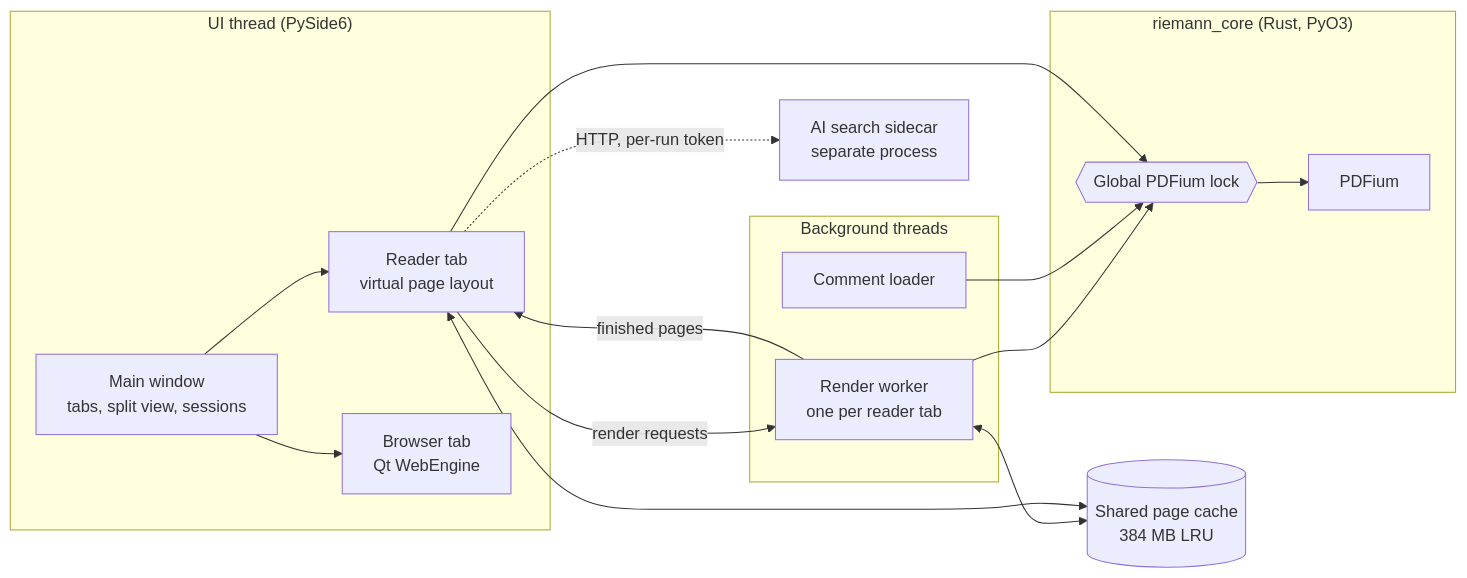
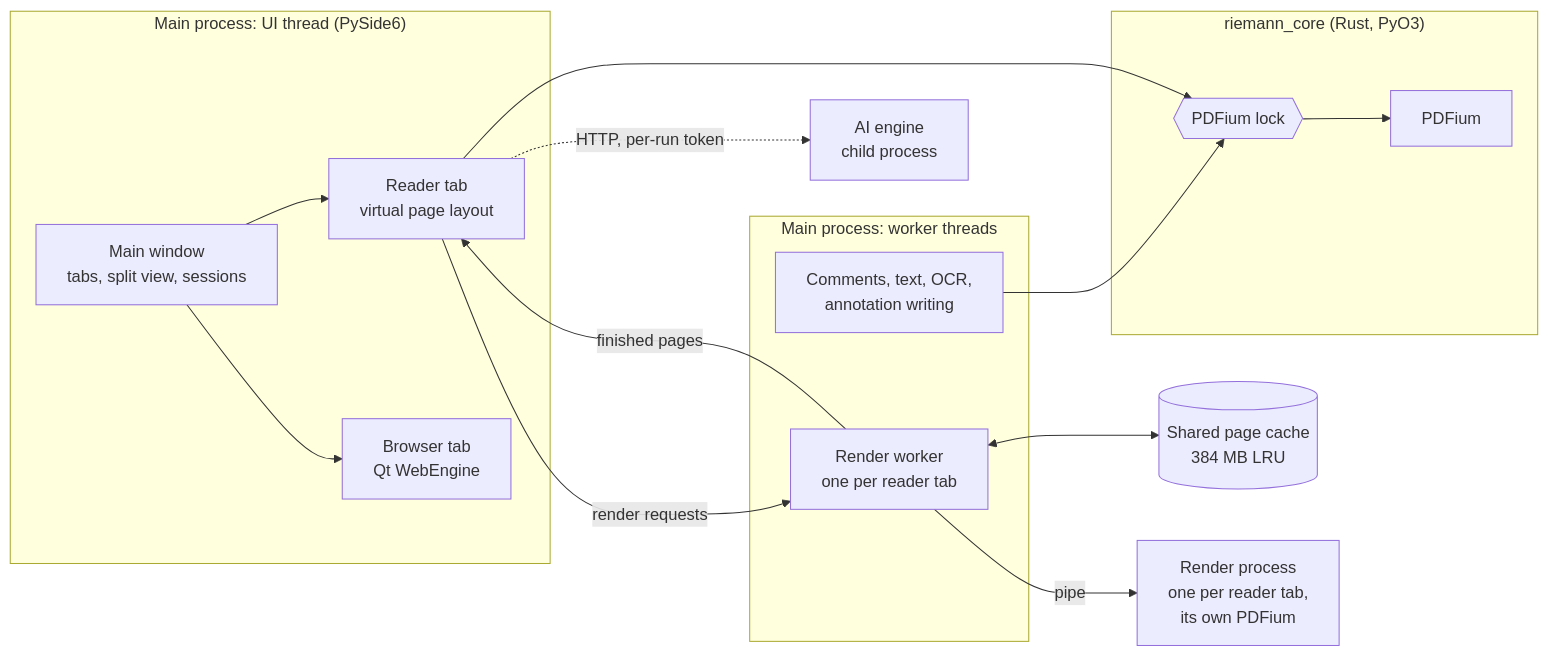
One commit to shadow30812/riemann changed the diagram in docs/README.md. Above: the diagram before and after it, drawn with Mermaid. The commit also changed other lines of this file and 3 other files, not shown here.

````diff
--- a/docs/README.md
+++ b/docs/README.md
@@ -77,26 +96,27 @@
 ```mermaid
 flowchart LR
-    subgraph UI["UI thread (PySide6)"]
+    subgraph UI["Main process: UI thread (PySide6)"]
         W[Main window<br/>tabs, split view, sessions]
         R[Reader tab<br/>virtual page layout]
         B[Browser tab<br/>Qt WebEngine]
     end
-    subgraph BG["Background threads"]
+    subgraph BG["Main process: worker threads"]
         RW[Render worker<br/>one per reader tab]
-        CW[Comment loader]
+        CW[Comments, text, OCR,<br/>annotation writing]
     end
     C[(Shared page cache<br/>384 MB LRU)]
-    subgraph Rust["riemann_core (Rust, PyO3)"]
-        L{{Global PDFium lock}}
+    subgraph Core["riemann_core (Rust, PyO3)"]
+        L{{PDFium lock}}
         P[PDFium]
     end
-    AI[AI search sidecar<br/>separate process]
+    RP[Render process<br/>one per reader tab,<br/>its own PDFium]
+    AI[AI engine<br/>child process]
 
     W --> R & B
     R -- render requests --> RW
     RW -- finished pages --> R
     RW <--> C
-    R <--> C
-    RW & CW & R --> L --> P
+    RW -- pipe --> RP
+    CW & R --> L --> P
     R -. HTTP, per-run token .-> AI
 ```
````
